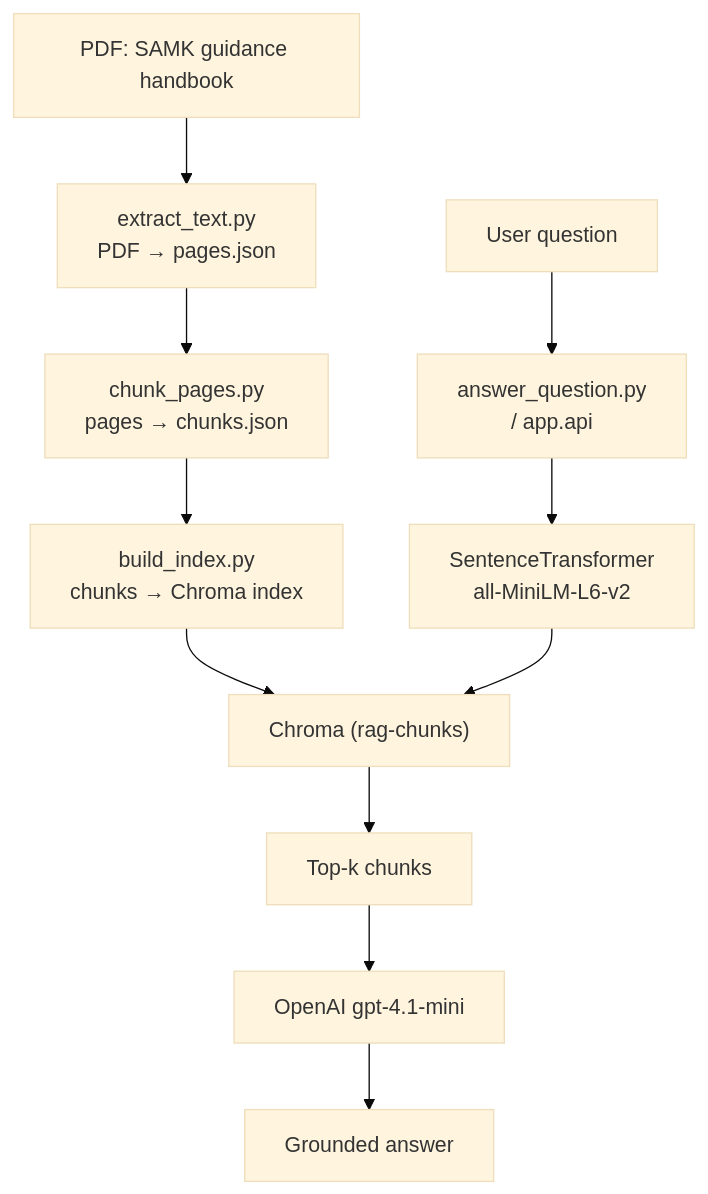
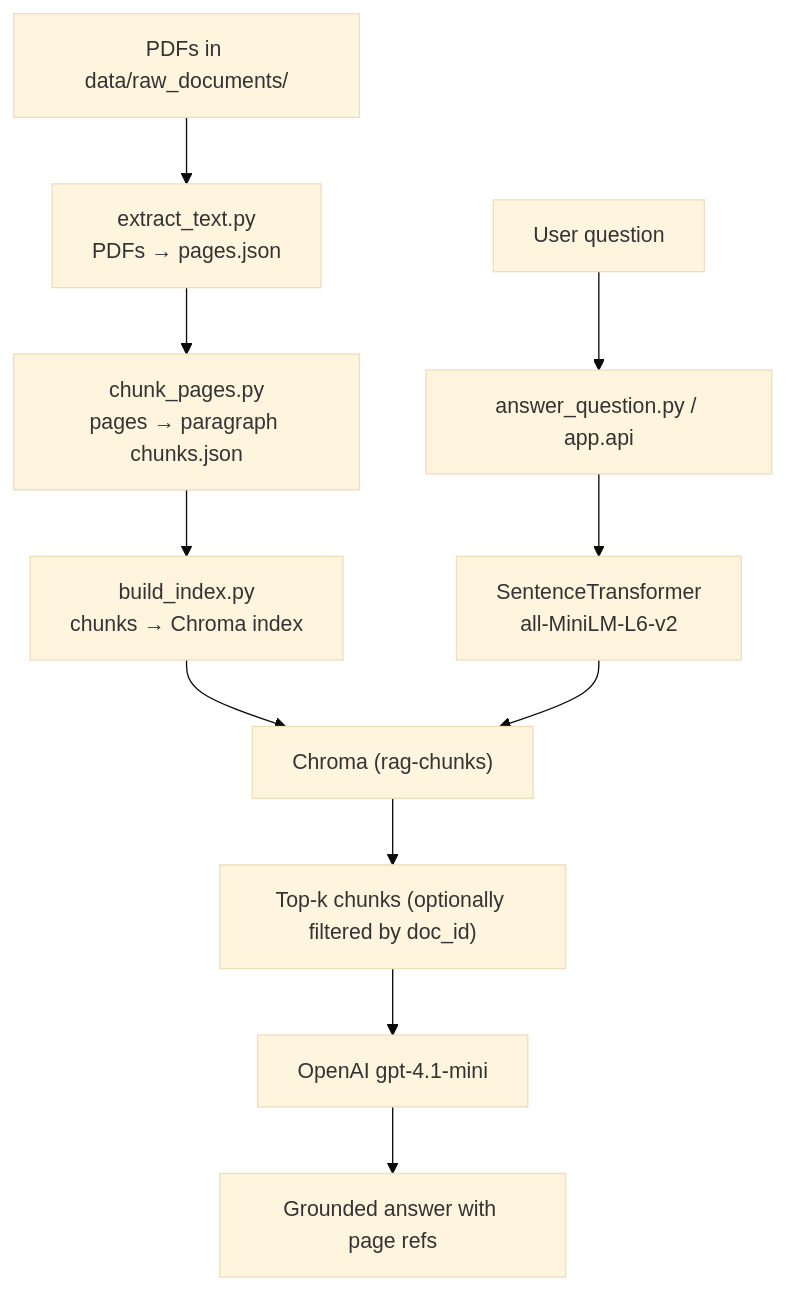
Before and after one commit to huggedthewind/ai-document-intelligence-rag: the diagram in README.md, drawn with Mermaid (base theme). The commit also changed other lines of this file, not shown here.

````diff
--- a/README.md
+++ b/README.md
@@ -34,17 +62,17 @@
 ```mermaid
 flowchart TD
-    PDF["PDF: SAMK guidance handbook"]
-    ET["extract_text.py<br/>PDF → pages.json"]
-    CP["chunk_pages.py<br/>pages → chunks.json"]
+    PDFs["PDFs in data/raw_documents/"]
+    ET["extract_text.py<br/>PDFs → pages.json"]
+    CP["chunk_pages.py<br/>pages → paragraph chunks.json"]
     BI["build_index.py<br/>chunks → Chroma index"]
     DB["Chroma (rag-chunks)"]
     Q["User question"]
-    AQ["answer_question.py<br/>/ app.api"]
+    AQ["answer_question.py / app.api"]
     EMB["SentenceTransformer<br/>all-MiniLM-L6-v2"]
-    CTX["Top-k chunks"]
+    CTX["Top-k chunks (optionally filtered by doc_id)"]
     LLM["OpenAI gpt-4.1-mini"]
-    A["Grounded answer"]
+    A["Grounded answer with page refs"]
 
-    PDF --> ET --> CP --> BI --> DB
+    PDFs --> ET --> CP --> BI --> DB
     Q --> AQ --> EMB --> DB --> CTX --> LLM --> A
 ```
````
